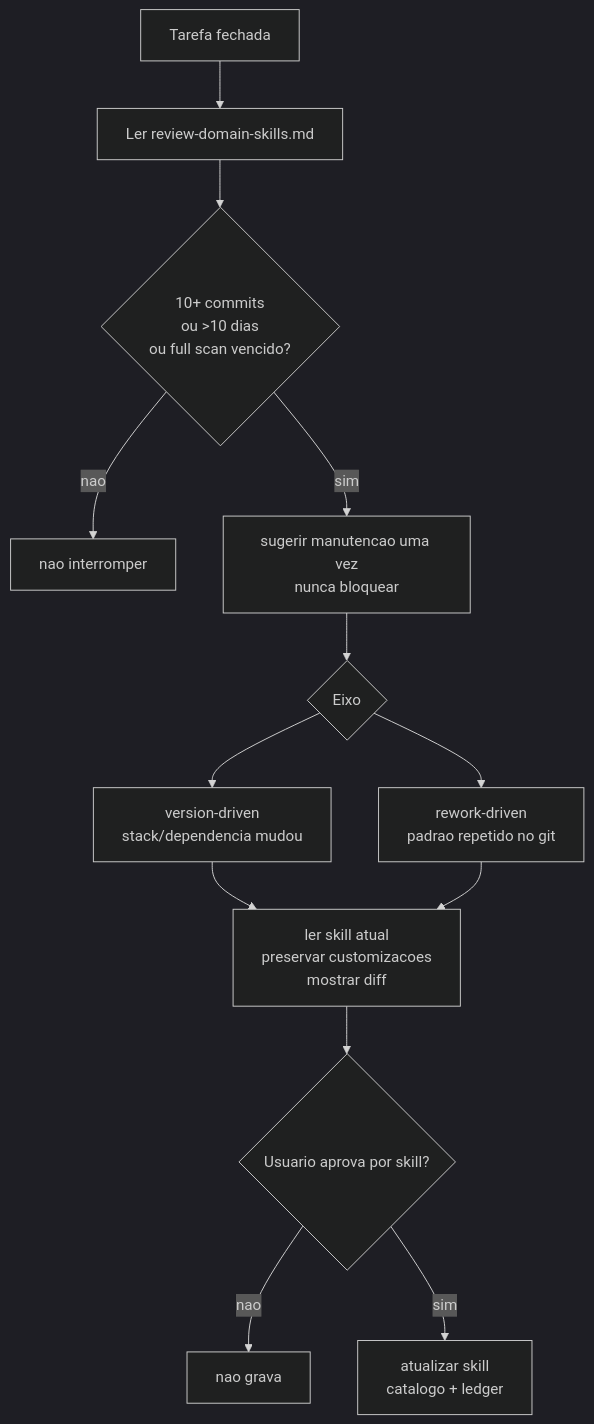
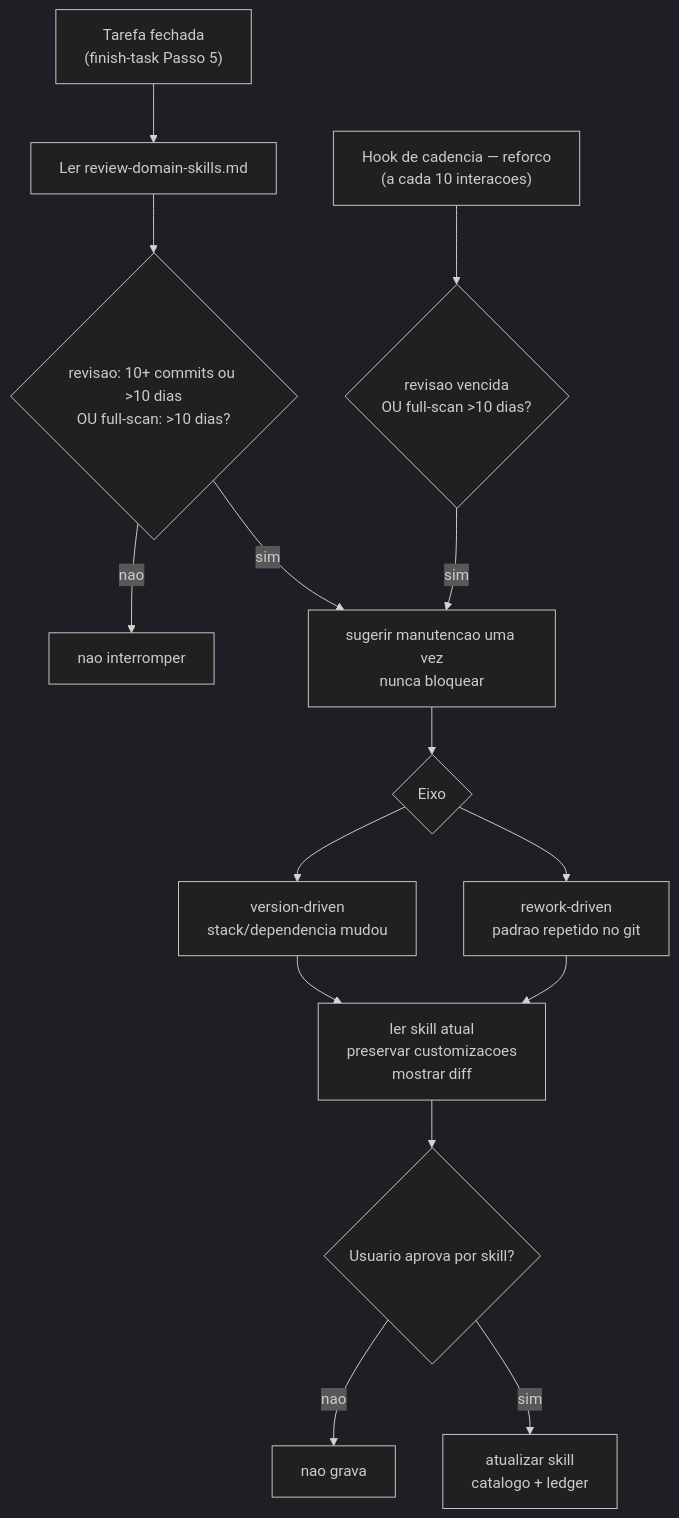
Before and after one commit to rpelizza/PelizzAI: diagram 11 of 11 in README.md, drawn with Mermaid (dark theme). The commit also changed other lines of this file and 34 other files, not shown here.

````diff
--- a/README.md
+++ b/README.md
@@ -375,17 +429,20 @@
 ```mermaid
 flowchart TD
-    CLOSE["Tarefa fechada"] --> LED["Ler review-domain-skills.md"]
-    LED --> TH{"10+ commits<br/>ou >10 dias<br/>ou full scan vencido?"}
+    CLOSE["Tarefa fechada<br/>(finish-task Passo 5)"] --> LED["Ler review-domain-skills.md"]
+    LED --> TH{"revisao: 10+ commits ou >10 dias<br/>OU full-scan: >10 dias?"}
     TH -- "nao" --> NOOP["nao interromper"]
     TH -- "sim" --> NUDGE["sugerir manutencao uma vez<br/>nunca bloquear"]
+
+    HOOK["Hook de cadencia — reforco<br/>(a cada 10 interacoes)"] --> SCAN{"revisao vencida<br/>OU full-scan >10 dias?"}
+    SCAN -- "sim" --> NUDGE
 
     NUDGE --> MODE{"Eixo"}
     MODE --> VERSION["version-driven<br/>stack/dependencia mudou"]
     MODE --> REWORK["rework-driven<br/>padrao repetido no git"]
 
     VERSION --> DIFF["ler skill atual<br/>preservar customizacoes<br/>mostrar diff"]
     REWORK --> DIFF
     DIFF --> OK{"Usuario aprova por skill?"}
     OK -- "nao" --> STOP["nao grava"]
     OK -- "sim" --> SAVE["atualizar skill<br/>catalogo + ledger"]
 ```
````
